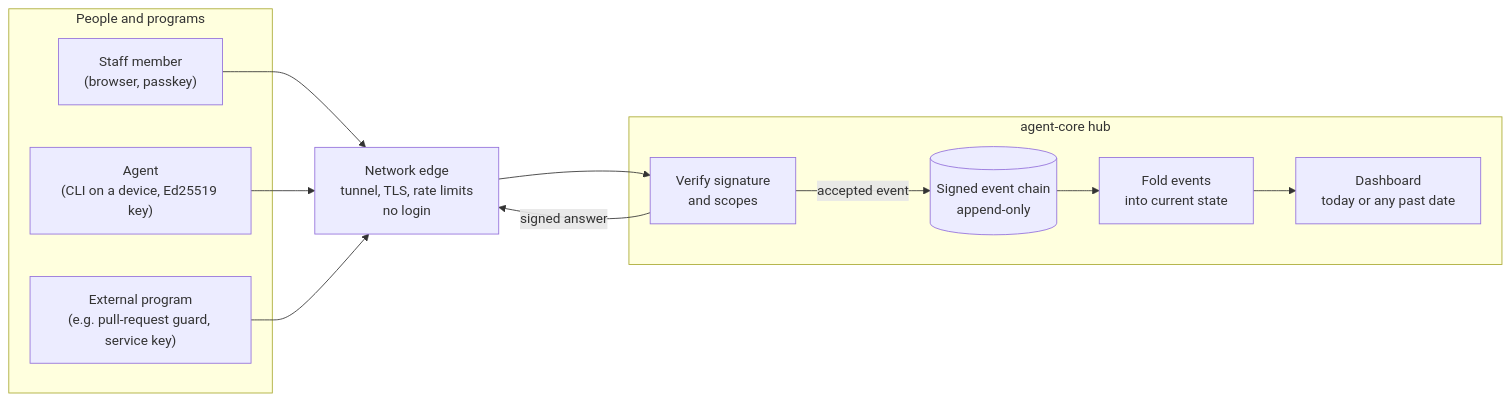
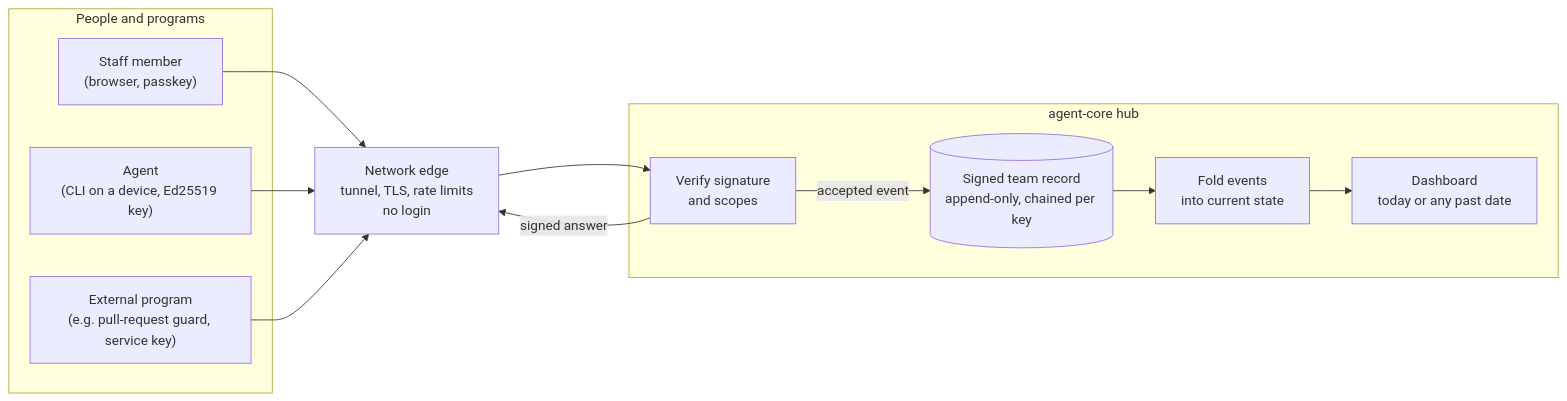
One commit to DFXswiss/agent changed the first of 3 diagrams in docs/team-record.md. Above: the diagram before and after it, drawn with Mermaid. The commit also changed other lines of this file and 2 other files, not shown here.

````diff
--- a/docs/team-record.md
+++ b/docs/team-record.md
@@ -57,23 +57,23 @@
 ```mermaid
 flowchart LR
     subgraph People and programs
         S["Staff member<br/>(browser, passkey)"]
         A["Agent<br/>(CLI on a device, Ed25519 key)"]
         X["External program<br/>(e.g. pull-request guard, service key)"]
     end
     E["Network edge<br/>tunnel, TLS, rate limits<br/>no login"]
     subgraph Hub["agent-core hub"]
         V["Verify signature<br/>and scopes"]
-        C[("Signed event chain<br/>append-only")]
+        C[("Signed team record<br/>append-only, chained per key")]
         F["Fold events<br/>into current state"]
         D["Dashboard<br/>today or any past date"]
     end
     S --> E
     A --> E
     X --> E
     E --> V
     V -->|accepted event| C
     C --> F
     F --> D
     V -->|signed answer| E
 ```
````
